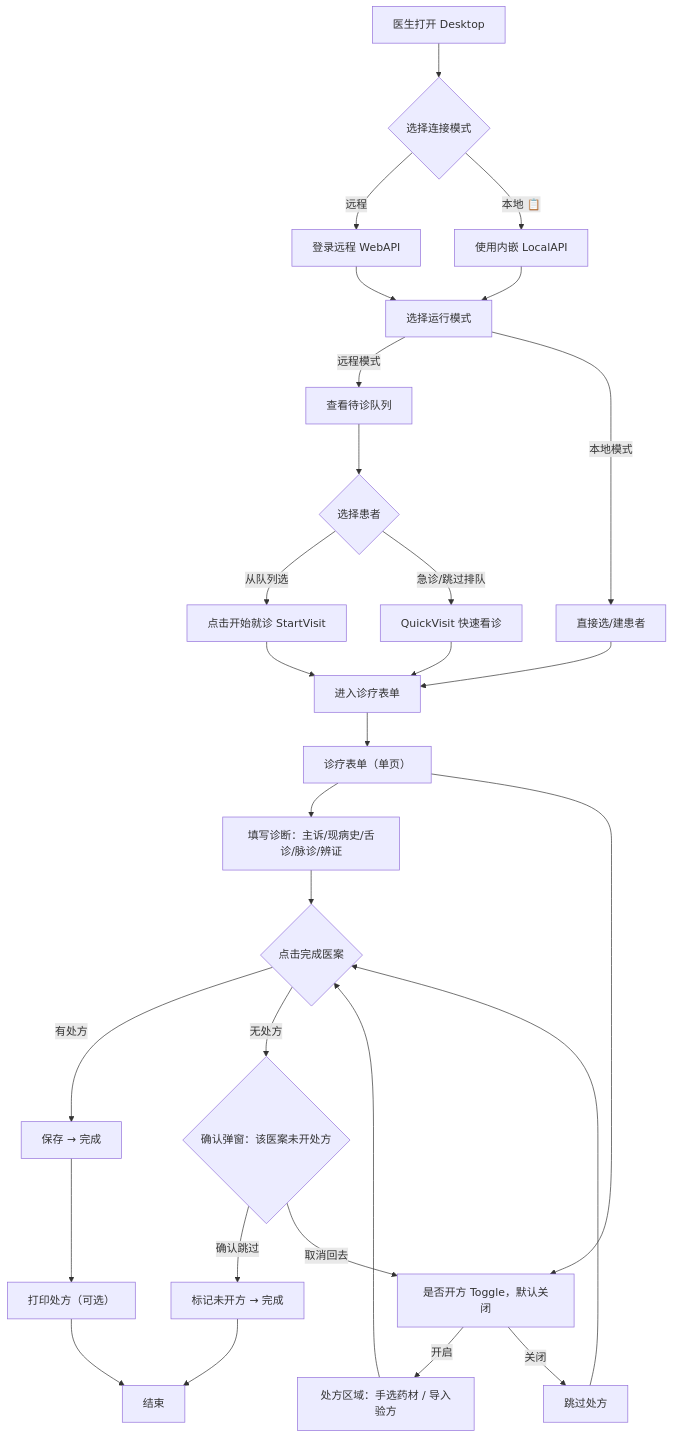
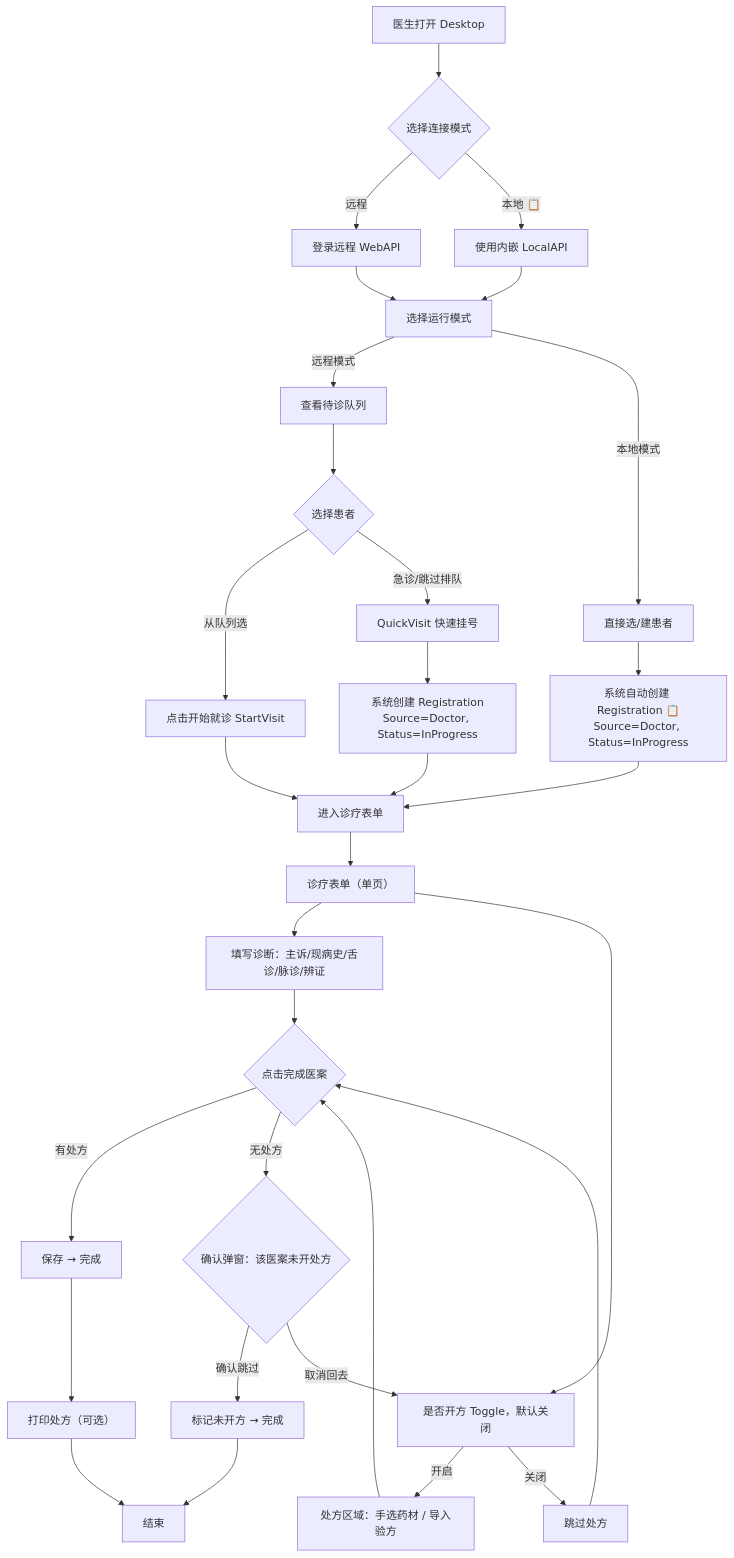
One commit to shouqitao/LYBTZYZS changed the eighth of 11 diagrams in docs/01-product/02-personas.md. Above: the diagram before and after it, drawn with Mermaid. The commit also changed other lines of this file and 3 other files, not shown here.

Commit message:
docs(personas): Doctor workflow review — auto-create Registration in local mode, add chief complaint to Consultation

````diff
--- a/docs/01-product/02-personas.md
+++ b/docs/01-product/02-personas.md
@@ -240,32 +240,32 @@
 ```mermaid
 flowchart TD
     A[医生打开 Desktop] --> B{选择连接模式}
     B -->|远程| C[登录远程 WebAPI]
     B -->|本地 📋| D[使用内嵌 LocalAPI]
     C --> E[选择运行模式]
     D --> E
     E -->|远程模式| F[查看待诊队列]
     E -->|本地模式| G[直接选/建患者]
-
     F --> H{选择患者}
     H -->|从队列选| I[点击开始就诊 StartVisit]
-    H -->|急诊/跳过排队| J[QuickVisit 快速看诊]
-    G --> K[进入诊疗表单]
+    H -->|急诊/跳过排队| J[QuickVisit 快速挂号]
+    J --> J1[系统创建 Registration\nSource=Doctor, Status=InProgress]
+    G --> G1[系统自动创建 Registration 📋\nSource=Doctor, Status=InProgress]
+    G1 --> K[进入诊疗表单]
+    J1 --> K
     I --> K
-    J --> K
-
     K --> L[诊疗表单（单页）]
     L --> L1[填写诊断：主诉/现病史/舌诊/脉诊/辨证]
     L --> L2[是否开方 Toggle，默认关闭]
     L2 -->|开启| L3[处方区域：手选药材 / 导入验方]
     L2 -->|关闭| L4[跳过处方]
 
     L1 & L3 & L4 --> M{点击完成医案}
     M -->|有处方| N[保存 → 完成]
     M -->|无处方| O{确认弹窗：该医案未开处方}
     O -->|确认跳过| P[标记未开方 → 完成]
     O -->|取消回去| L2
     N --> Q[打印处方（可选）]
     P --> R[结束]
     Q --> R
 ```
````
